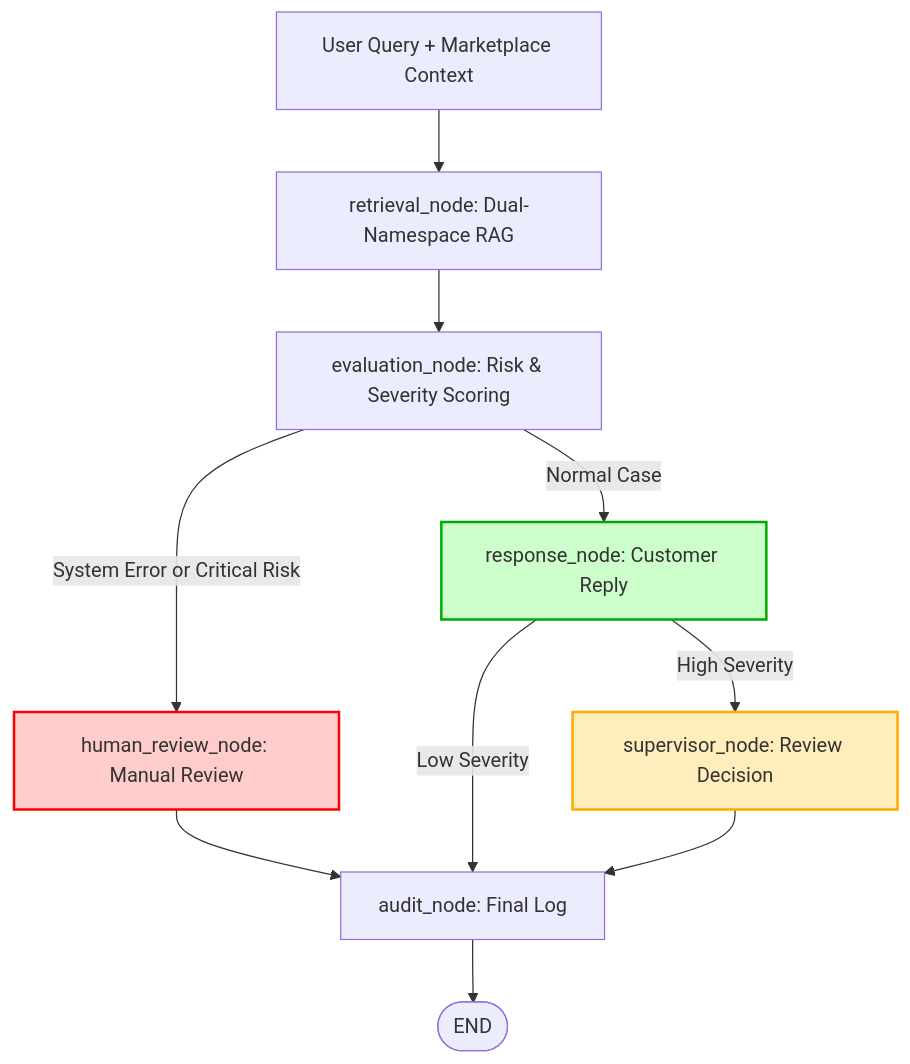
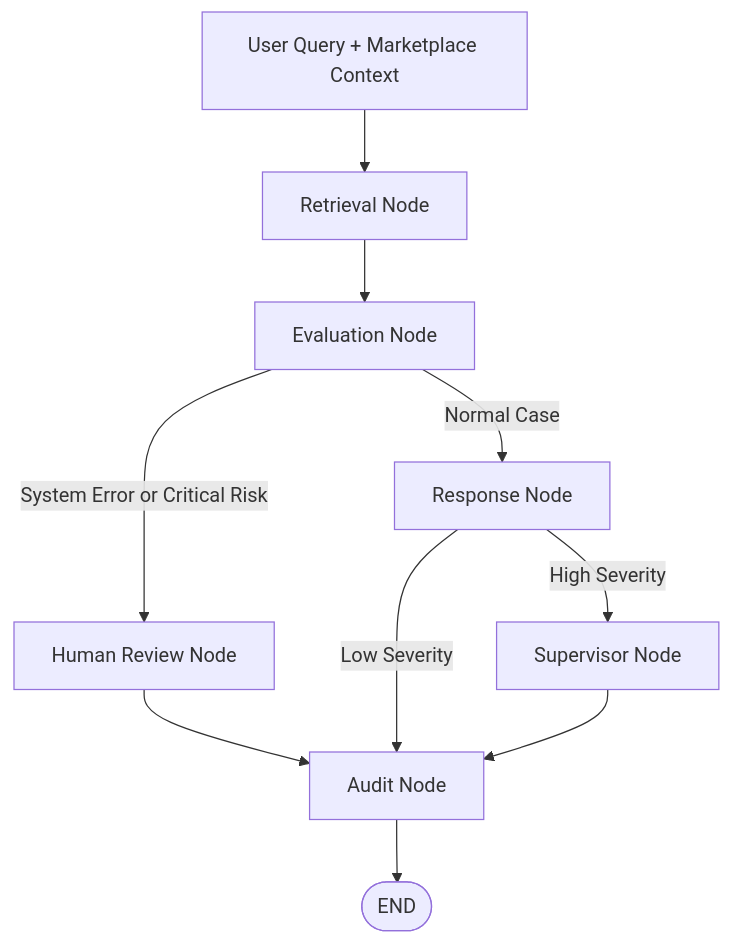
One commit to cznelson2005/resolve-ai changed the diagram in README.md. Above: the diagram before and after it, drawn with Mermaid. The commit also changed other lines of this file, not shown here.

````diff
--- a/README.md
+++ b/README.md
@@ -103,19 +97,15 @@
 ```mermaid
 graph TD
-    A[User Query + Marketplace Context] --> B[retrieval_node: Dual-Namespace RAG]
-    B --> C[evaluation_node: Risk & Severity Scoring]
+    A[User Query + Marketplace Context] --> B[Retrieval Node]
+    B --> C[Evaluation Node]
 
-    C -->|System Error or Critical Risk| D[human_review_node: Manual Review]
-    C -->|Normal Case| E[response_node: Customer Reply]
+    C -->|System Error or Critical Risk| D[Human Review Node]
+    C -->|Normal Case| E[Response Node]
 
-    E -->|Low Severity| H[audit_node: Final Log]
-    E -->|High Severity| F[supervisor_node: Review Decision]
+    E -->|Low Severity| H[Audit Node]
+    E -->|High Severity| F[Supervisor Node]
 
     D --> H
     F --> H
     H --> I([END])
-
-    style D fill:#ffcccc,stroke:#ff0000,stroke-width:2px
-    style E fill:#ccffcc,stroke:#00aa00,stroke-width:2px
-    style F fill:#ffeebb,stroke:#ffaa00,stroke-width:2px
 ```
````
